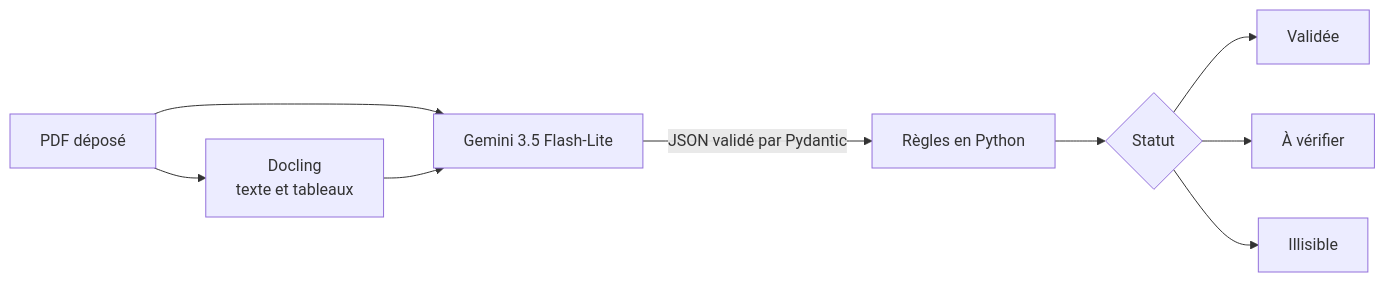
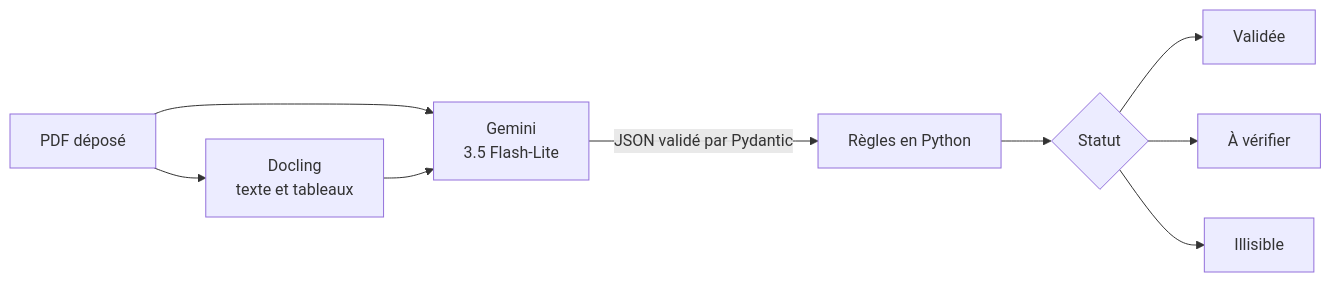
Before and after one commit to Jeremy84100/factures-ia: the diagram in README.md, drawn with Mermaid.

Commit message:
Schéma du README : nom complet du modèle lisible

````diff
--- a/README.md
+++ b/README.md
@@ -30,11 +30,11 @@
 ```mermaid
 flowchart LR
     A[PDF déposé] --> B[Docling<br>texte et tableaux]
-    A --> C[Gemini 3.5 Flash-Lite]
+    A --> C[Gemini<br>3.5 Flash-Lite]
     B --> C
     C -->|JSON validé par Pydantic| D[Règles en Python]
     D --> E{Statut}
     E --> F[Validée]
     E --> G[À vérifier]
     E --> H[Illisible]
 ```
````
